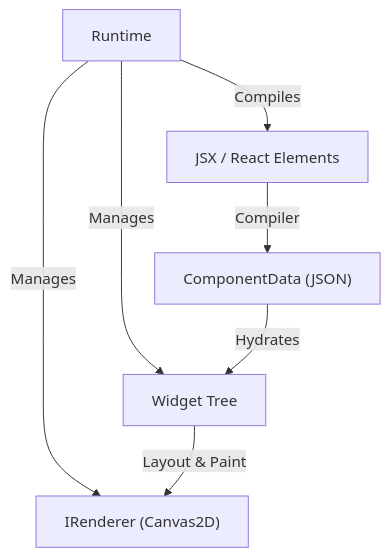
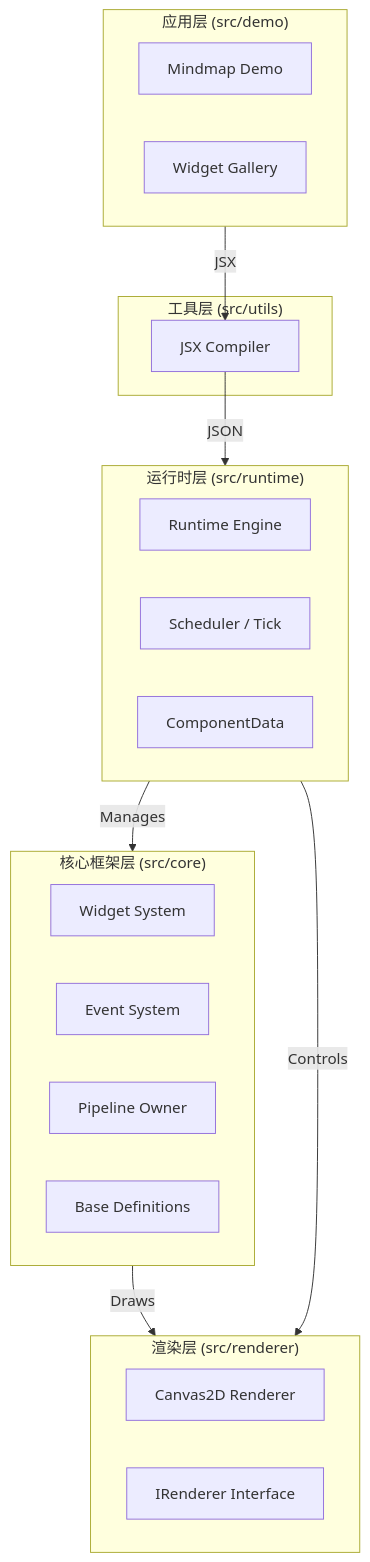
Before and after one commit to edeink/inkwell: the diagram in docs/core/architecture.md, drawn with Mermaid. The commit also changed other lines of this file and 47 other files, not shown here.

````diff
--- a/docs/core/architecture.md
+++ b/docs/core/architecture.md
@@ -15,9 +15,35 @@
 ```mermaid
 graph TD
-    Runtime[Runtime] -->|Manages| WidgetTree[Widget Tree]
-    Runtime -->|Manages| Renderer["IRenderer (Canvas2D)"]
-    Runtime -->|Compiles| JSX[JSX / React Elements]
-    JSX -->|Compiler| ComponentData["ComponentData (JSON)"]
-    ComponentData -->|Hydrates| WidgetTree
-    WidgetTree -->|Layout & Paint| Renderer
+    subgraph Application ["应用层 (src/demo)"]
+        Mindmap[Mindmap Demo]
+        Gallery[Widget Gallery]
+    end
+
+    subgraph Framework ["核心框架层 (src/core)"]
+        Widget[Widget System]
+        Events[Event System]
+        Pipeline[Pipeline Owner]
+        Base[Base Definitions]
+    end
+
+    subgraph Runtime ["运行时层 (src/runtime)"]
+        RT[Runtime Engine]
+        Scheduler[Scheduler / Tick]
+        ComponentData[ComponentData]
+    end
+
+    subgraph Utils ["工具层 (src/utils)"]
+        Compiler[JSX Compiler]
+    end
+
+    subgraph Renderer ["渲染层 (src/renderer)"]
+        Canvas2D[Canvas2D Renderer]
+        IRenderer[IRenderer Interface]
+    end
+
+    Application -->|JSX| Compiler
+    Compiler -->|JSON| Runtime
+    Runtime -->|Manages| Framework
+    Framework -->|Draws| Renderer
+    Runtime -->|Controls| Renderer
 ```
````
